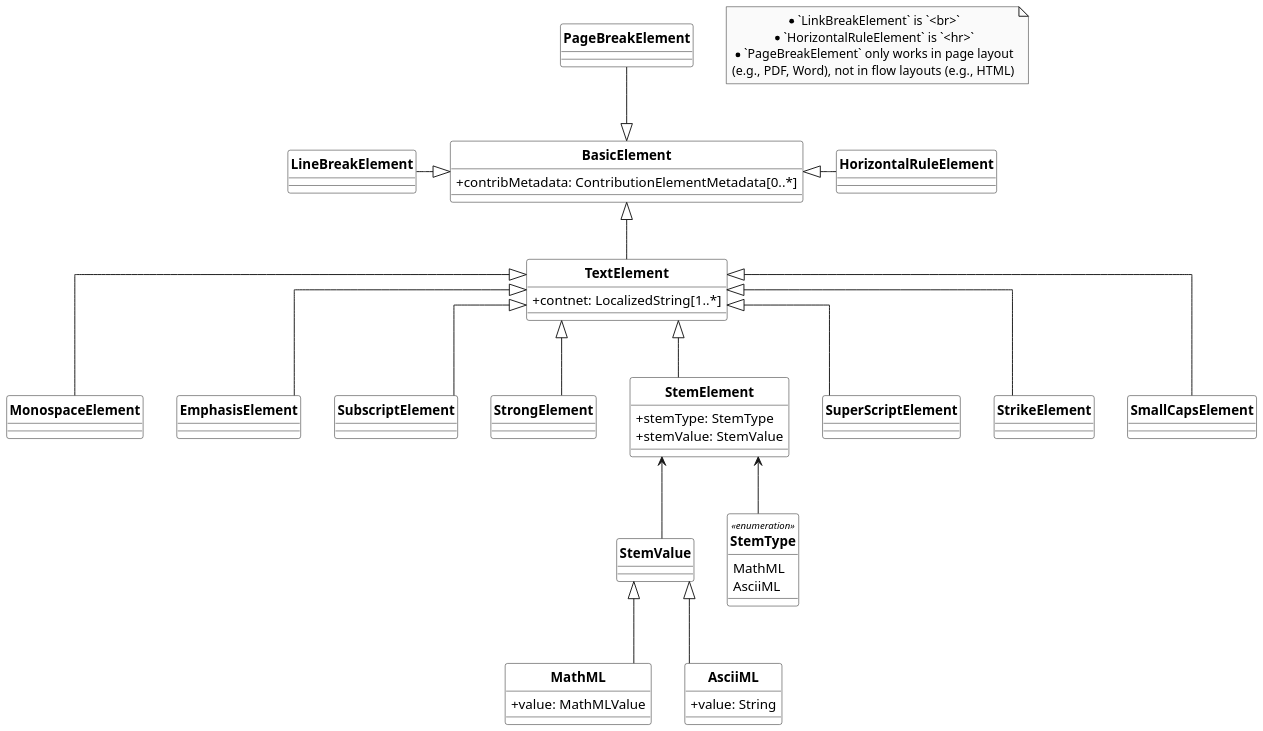
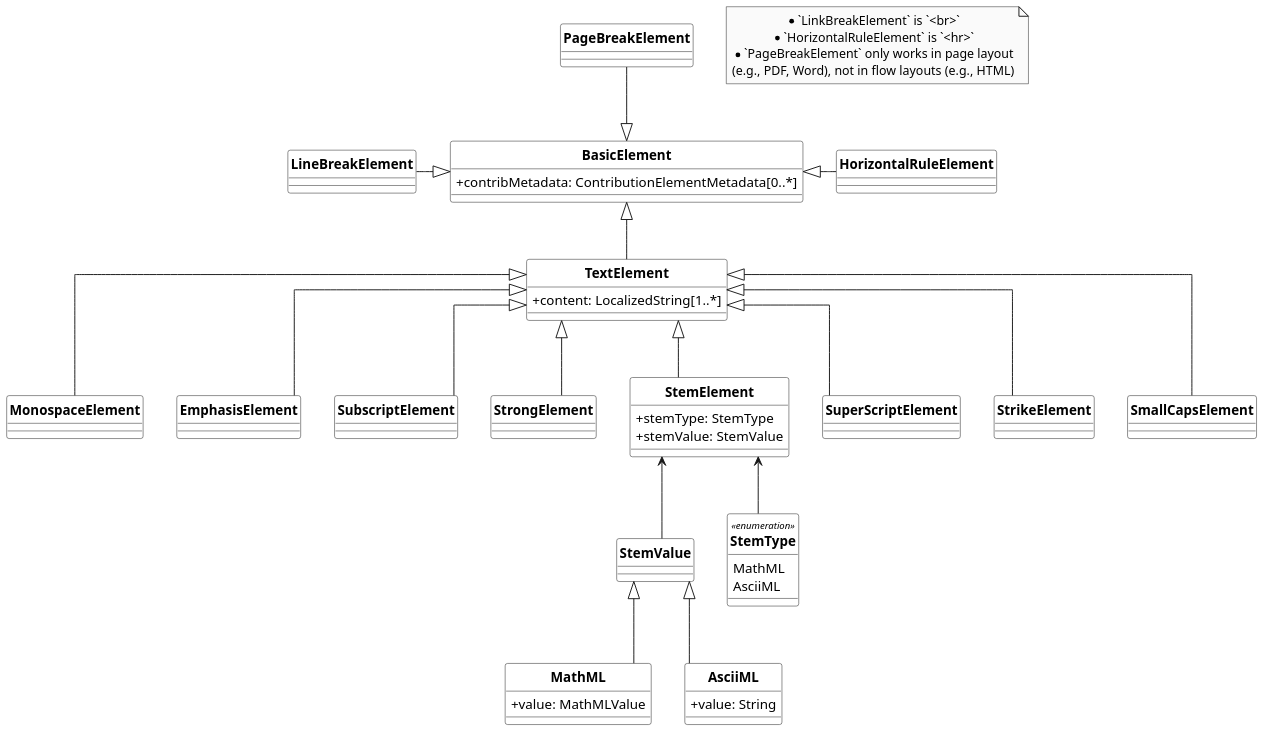
One commit to CalConnect/csd-standard-doc changed the diagram in basicdoc_uml/TextElements.wsd. Above: the diagram before and after it, drawn with PlantUML. The commit also changed 2 other files, not shown here.

```diff
--- a/basicdoc_uml/TextElements.wsd
+++ b/basicdoc_uml/TextElements.wsd
@@ -1,153 +1,153 @@
 @startuml TextElements
 /'
 Diagram:        TextElements
 DateCreate:     28/07/2018
 Description:    BasicDocument / SecureDoc is a family of document models that forms the basis of Metanorma IsoDoc (via Metanorma StandardDocument), which is used to represent ISO Standards and similarly structured standards.
                 It is also the document model that Selagraph operates on.
                 The Relaton Bibliography UML models used in these models are located here: Relaton BibModels.
                 BasicDocument itself is a document model that can serve as a transit data structure for document conversion, such as taking input from AsciiDoc or Markdown and converting them into an output format, such as Metanorma IsoDoc
 
 Hystory of changes:
 > 22/08/2018
     - diagram configuration updated
     - new classes are added "MonospaceElement"
     - some relations between elements are updated
 '/
 
 '******* CONFIGURATION ************************************************
 skinparam classAttributeIconSize 0
 skinparam Dpi 150
 skinparam Monochrome true
 skinparam LineType ortho
 hide circle
 /' skinparam CircledCharacterRadius 0 '/
 /' skinparam CircledCharacterFontSize 0 '/
 skinparam Default {
 TextAlignment center
 FontName Helvetica
 }
 skinparam Class {
 AttributeIconSize 0
 BackgroundColor White
 FontStyle bold
 StereotypeFontSize 10
 }
 skinparam Rectangle {
 BackgroundColor White
 FontStyle bold
 FontSize 11
 StereotypeFontSize 10
 }
 skinparam Object {
 BackgroundColor White
 FontStyle bold
 FontSize 11
 StereotypeFontSize 10
 }
 
 skinparam Entity {
 StereotypeFontSize 10
 }
 
 
 '******* CLASS DEFINITION *********************************************
 class BasicElement {
     +contribMetadata: ContributionElementMetadata[0..*]
 }
 
 class TextElement{
-    +contnet: LocalizedString[1..*]
+    +content: LocalizedString[1..*]
 }
 
 class PageBreakElement{
 
 }
 
 class LineBreakElement{
     
 }
 
 class HorizontalRuleElement{
     
 }
 
 class MonospaceElement{
     
 }
 
 class EmphasisElement{
     
 }
 
 class SubscriptElement{
     
 }
 
 class StrongElement{
     
 }
 
 class StemElement{
     +stemType: StemType
     +stemValue: StemValue
 }
 
 class SuperScriptElement{
     
 }
 
 class StrikeElement{
     
 }
 
 class SmallCapsElement{
     
 }
 
 class StemValue{
     
 }
 
 class MathML{
     +value: MathMLValue
 }
 
 class AsciiML{
     +value: String
 }
 
 enum StemType <<enumeration>>{
     MathML
     AsciiML
 }
 
 
 
 
 '******* NOTES *******************************************************
 note "* `LinkBreakElement` is `<br>`\n* `HorizontalRuleElement` is `<hr>`\n* `PageBreakElement` only works in page layout\n(e.g., PDF, Word), not in flow layouts (e.g., HTML)" as N1
 
 
 '******* CLASS RELATIONS *********************************************
 BasicElement <|-up- PageBreakElement
 BasicElement <|-left- LineBreakElement
 BasicElement <|-right- HorizontalRuleElement
 BasicElement <|-down- TextElement
 
 TextElement <|-- MonospaceElement
 TextElement <|-- EmphasisElement
 TextElement <|-- SubscriptElement
 TextElement <|-- StrongElement
 TextElement <|-- StemElement
 
 StemElement <-- StemType
 StemElement <-- StemValue
 
 StemValue <|-- MathML
 StemValue <|-- AsciiML
 
 TextElement <|-- SuperScriptElement
 TextElement <|-- StrikeElement
 TextElement <|-- SmallCapsElement
 
 @enduml
```
